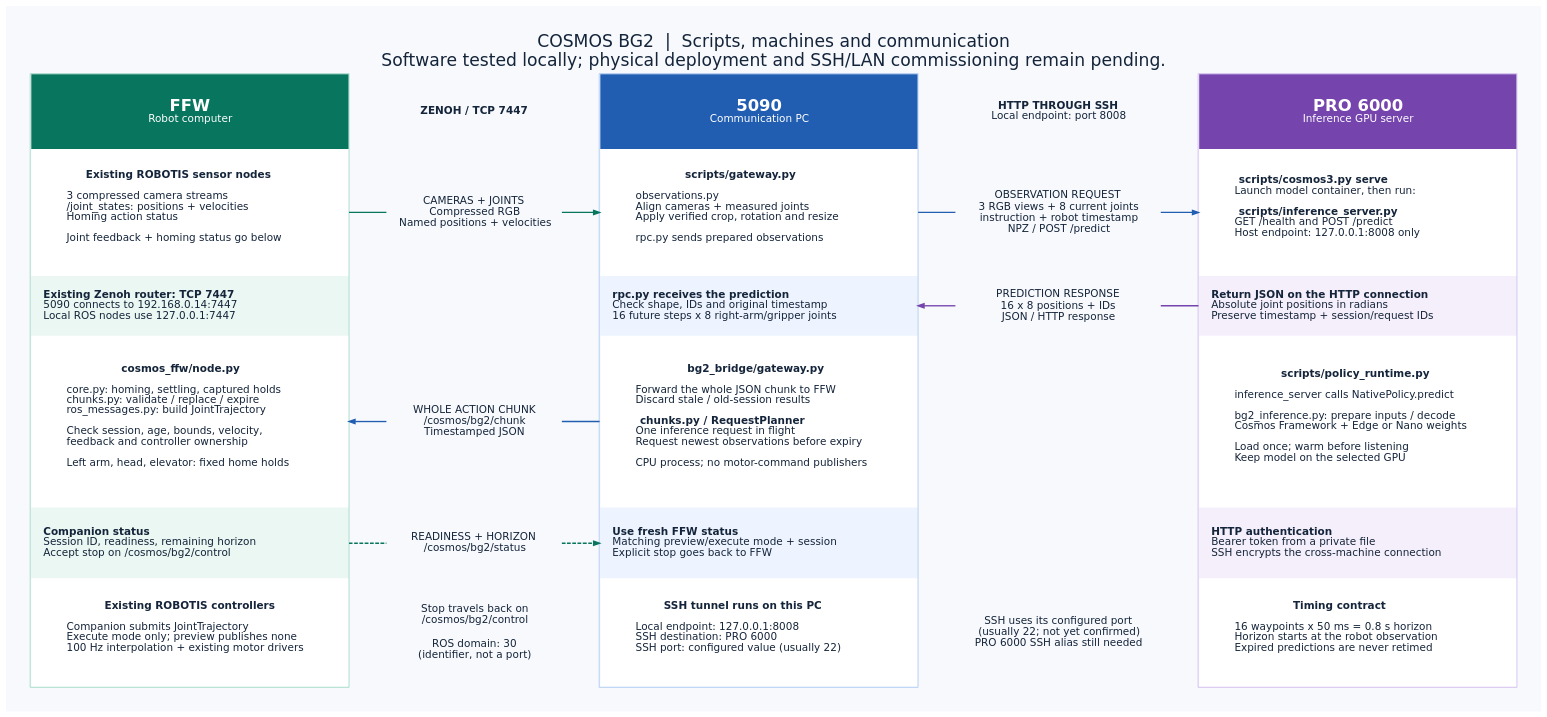
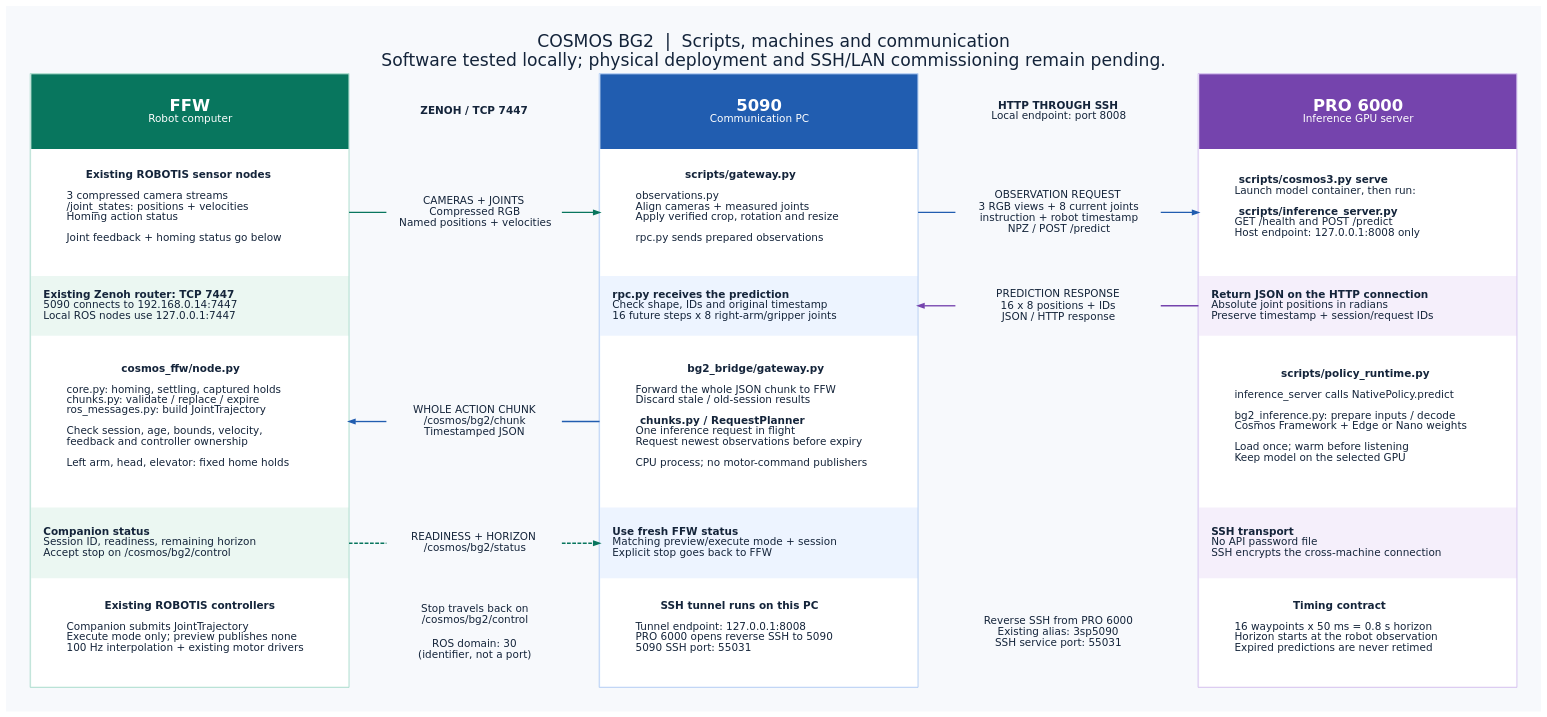
The diagram in docs/diagrams/three_machine_pipeline.dot (ssangjunpark/cosmos_inference_bg2), drawn with Graphviz before and after one commit. The commit also changed 18 other files, not shown here.

Commit message:
Remove API password and use SSH-only inference RPC

```diff
--- a/docs/diagrams/three_machine_pipeline.dot
+++ b/docs/diagrams/three_machine_pipeline.dot
@@ -1,127 +1,127 @@
 digraph cosmos_bg2 {
   graph [rankdir=LR, bgcolor="#F7F9FC", pad="0.45", nodesep="0.4", ranksep="0.7", splines=line,
     fontname="DejaVu Sans", fontsize=23, fontcolor="#14243A", labelloc=t,
     label="COSMOS BG2  |  Scripts, machines and communication\nSoftware tested locally; physical deployment and SSH/LAN commissioning remain pending.\n"];
   node [shape=plain, fontname="DejaVu Sans", fontsize=14, fontcolor="#14243A"];
   edge [fontname="DejaVu Sans", fontsize=12, fontcolor="#334155", penwidth=1.8, arrowsize=0.8];
 
   ffw [label=<
     <TABLE BORDER="1" COLOR="#9BD6C4" CELLBORDER="0" CELLSPACING="0" CELLPADDING="16" BGCOLOR="#EBF7F2">
       <TR><TD WIDTH="425" HEIGHT="100" BGCOLOR="#08765E"><FONT COLOR="white" POINT-SIZE="22"><B>FFW</B></FONT><BR/><FONT COLOR="white">Robot computer</FONT></TD></TR>
       <TR><TD PORT="obs" HEIGHT="170" ALIGN="LEFT" BGCOLOR="white">
         <B>Existing ROBOTIS sensor nodes</B><BR/><BR ALIGN="LEFT"/>
         3 compressed camera streams<BR ALIGN="LEFT"/>
         /joint_states: positions + velocities<BR ALIGN="LEFT"/>
         Homing action status<BR ALIGN="LEFT"/><BR ALIGN="LEFT"/>
         Joint feedback + homing status go below<BR ALIGN="LEFT"/>
       </TD></TR>
       <TR><TD HEIGHT="80" ALIGN="LEFT"><B>Existing Zenoh router: TCP 7447</B><BR ALIGN="LEFT"/>5090 connects to 192.168.0.14:7447<BR ALIGN="LEFT"/>Local ROS nodes use 127.0.0.1:7447<BR ALIGN="LEFT"/></TD></TR>
       <TR><TD PORT="chunk" HEIGHT="230" ALIGN="LEFT" BGCOLOR="white">
         <B>cosmos_ffw/node.py</B><BR/><BR ALIGN="LEFT"/>
         core.py: homing, settling, captured holds<BR ALIGN="LEFT"/>
         chunks.py: validate / replace / expire<BR ALIGN="LEFT"/>
         ros_messages.py: build JointTrajectory<BR ALIGN="LEFT"/><BR ALIGN="LEFT"/>
         Check session, age, bounds, velocity,<BR ALIGN="LEFT"/>
         feedback and controller ownership<BR ALIGN="LEFT"/><BR ALIGN="LEFT"/>
         Left arm, head, elevator: fixed home holds<BR ALIGN="LEFT"/>
       </TD></TR>
       <TR><TD PORT="status" HEIGHT="95" ALIGN="LEFT"><B>Companion status</B><BR ALIGN="LEFT"/>Session ID, readiness, remaining horizon<BR ALIGN="LEFT"/>Accept stop on /cosmos/bg2/control<BR ALIGN="LEFT"/></TD></TR>
       <TR><TD HEIGHT="145" ALIGN="LEFT" BGCOLOR="white">
         <B>Existing ROBOTIS controllers</B><BR/><BR ALIGN="LEFT"/>
         Companion submits JointTrajectory<BR ALIGN="LEFT"/>
         Execute mode only; preview publishes none<BR ALIGN="LEFT"/>
         100 Hz interpolation + existing motor drivers<BR ALIGN="LEFT"/>
       </TD></TR>
     </TABLE>
   >];
 
   gateway [label=<
     <TABLE BORDER="1" COLOR="#A7C6F2" CELLBORDER="0" CELLSPACING="0" CELLPADDING="16" BGCOLOR="#EDF4FF">
       <TR><TD WIDTH="425" HEIGHT="100" BGCOLOR="#215DB0"><FONT COLOR="white" POINT-SIZE="22"><B>5090</B></FONT><BR/><FONT COLOR="white">Communication PC</FONT></TD></TR>
       <TR><TD PORT="obs" HEIGHT="170" ALIGN="LEFT" BGCOLOR="white">
         <B>scripts/gateway.py</B><BR/><BR ALIGN="LEFT"/>
         observations.py<BR ALIGN="LEFT"/>
         Align cameras + measured joints<BR ALIGN="LEFT"/>
         Apply verified crop, rotation and resize<BR ALIGN="LEFT"/><BR ALIGN="LEFT"/>
         rpc.py sends prepared observations<BR ALIGN="LEFT"/>
       </TD></TR>
       <TR><TD PORT="reply" HEIGHT="80" ALIGN="LEFT"><B>rpc.py receives the prediction</B><BR ALIGN="LEFT"/>Check shape, IDs and original timestamp<BR ALIGN="LEFT"/>16 future steps x 8 right-arm/gripper joints<BR ALIGN="LEFT"/></TD></TR>
       <TR><TD PORT="chunk" HEIGHT="230" ALIGN="LEFT" BGCOLOR="white">
         <B>bg2_bridge/gateway.py</B><BR/><BR ALIGN="LEFT"/>
         Forward the whole JSON chunk to FFW<BR ALIGN="LEFT"/>
         Discard stale / old-session results<BR ALIGN="LEFT"/><BR ALIGN="LEFT"/>
         <B>chunks.py / RequestPlanner</B><BR ALIGN="LEFT"/>
         One inference request in flight<BR ALIGN="LEFT"/>
         Request newest observations before expiry<BR ALIGN="LEFT"/><BR ALIGN="LEFT"/>
         CPU process; no motor-command publishers<BR ALIGN="LEFT"/>
       </TD></TR>
       <TR><TD PORT="status" HEIGHT="95" ALIGN="LEFT"><B>Use fresh FFW status</B><BR ALIGN="LEFT"/>Matching preview/execute mode + session<BR ALIGN="LEFT"/>Explicit stop goes back to FFW<BR ALIGN="LEFT"/></TD></TR>
       <TR><TD HEIGHT="145" ALIGN="LEFT" BGCOLOR="white">
         <B>SSH tunnel runs on this PC</B><BR/><BR ALIGN="LEFT"/>
-        Local endpoint: 127.0.0.1:8008<BR ALIGN="LEFT"/>
-        SSH destination: PRO 6000<BR ALIGN="LEFT"/>
-        SSH port: configured value (usually 22)<BR ALIGN="LEFT"/>
+        Tunnel endpoint: 127.0.0.1:8008<BR ALIGN="LEFT"/>
+        PRO 6000 opens reverse SSH to 5090<BR ALIGN="LEFT"/>
+        5090 SSH port: 55031<BR ALIGN="LEFT"/>
       </TD></TR>
     </TABLE>
   >];
 
   pro [label=<
     <TABLE BORDER="1" COLOR="#CEB7EC" CELLBORDER="0" CELLSPACING="0" CELLPADDING="16" BGCOLOR="#F5EFFB">
       <TR><TD WIDTH="425" HEIGHT="100" BGCOLOR="#7544AD"><FONT COLOR="white" POINT-SIZE="22"><B>PRO 6000</B></FONT><BR/><FONT COLOR="white">Inference GPU server</FONT></TD></TR>
       <TR><TD PORT="obs" HEIGHT="170" ALIGN="LEFT" BGCOLOR="white">
         <B>scripts/cosmos3.py serve</B><BR ALIGN="LEFT"/>
         Launch model container, then run:<BR ALIGN="LEFT"/><BR ALIGN="LEFT"/>
         <B>scripts/inference_server.py</B><BR ALIGN="LEFT"/>
         GET /health and POST /predict<BR ALIGN="LEFT"/>
         Host endpoint: 127.0.0.1:8008 only<BR ALIGN="LEFT"/>
       </TD></TR>
       <TR><TD PORT="reply" HEIGHT="80" ALIGN="LEFT"><B>Return JSON on the HTTP connection</B><BR ALIGN="LEFT"/>Absolute joint positions in radians<BR ALIGN="LEFT"/>Preserve timestamp + session/request IDs<BR ALIGN="LEFT"/></TD></TR>
       <TR><TD HEIGHT="230" ALIGN="LEFT" BGCOLOR="white">
         <B>scripts/policy_runtime.py</B><BR/><BR ALIGN="LEFT"/>
         inference_server calls NativePolicy.predict<BR ALIGN="LEFT"/><BR ALIGN="LEFT"/>
         bg2_inference.py: prepare inputs / decode<BR ALIGN="LEFT"/>
         Cosmos Framework + Edge or Nano weights<BR ALIGN="LEFT"/><BR ALIGN="LEFT"/>
         Load once; warm before listening<BR ALIGN="LEFT"/>
         Keep model on the selected GPU<BR ALIGN="LEFT"/>
       </TD></TR>
-      <TR><TD HEIGHT="95" ALIGN="LEFT"><B>HTTP authentication</B><BR ALIGN="LEFT"/>Bearer token from a private file<BR ALIGN="LEFT"/>SSH encrypts the cross-machine connection<BR ALIGN="LEFT"/></TD></TR>
+      <TR><TD HEIGHT="95" ALIGN="LEFT"><B>SSH transport</B><BR ALIGN="LEFT"/>No API password file<BR ALIGN="LEFT"/>SSH encrypts the cross-machine connection<BR ALIGN="LEFT"/></TD></TR>
       <TR><TD HEIGHT="145" ALIGN="LEFT" BGCOLOR="white">
         <B>Timing contract</B><BR/><BR ALIGN="LEFT"/>
         16 waypoints x 50 ms = 0.8 s horizon<BR ALIGN="LEFT"/>
         Horizon starts at the robot observation<BR ALIGN="LEFT"/>
         Expired predictions are never retimed<BR ALIGN="LEFT"/>
       </TD></TR>
     </TABLE>
   >];
 
   zenoh [label=<
     <TABLE BORDER="0" CELLBORDER="0" CELLSPACING="0" CELLPADDING="10">
       <TR><TD WIDTH="235" HEIGHT="100"><B>ZENOH / TCP 7447</B></TD></TR>
       <TR><TD PORT="obs" HEIGHT="170">CAMERAS + JOINTS<BR/>Compressed RGB<BR/>Named positions + velocities</TD></TR>
       <TR><TD HEIGHT="80"></TD></TR>
       <TR><TD PORT="chunk" HEIGHT="230">WHOLE ACTION CHUNK<BR/>/cosmos/bg2/chunk<BR/>Timestamped JSON</TD></TR>
       <TR><TD PORT="status" HEIGHT="95">READINESS + HORIZON<BR/>/cosmos/bg2/status</TD></TR>
       <TR><TD HEIGHT="145">Stop travels back on<BR/>/cosmos/bg2/control<BR/><BR/>ROS domain: 30<BR/>(identifier, not a port)</TD></TR>
     </TABLE>
   >];
   ssh [label=<
     <TABLE BORDER="0" CELLBORDER="0" CELLSPACING="0" CELLPADDING="10">
       <TR><TD WIDTH="275" HEIGHT="100"><B>HTTP THROUGH SSH</B><BR/>Local endpoint: port 8008</TD></TR>
       <TR><TD PORT="obs" HEIGHT="170">OBSERVATION REQUEST<BR/>3 RGB views + 8 current joints<BR/>instruction + robot timestamp<BR/>NPZ / POST /predict</TD></TR>
       <TR><TD PORT="reply" HEIGHT="80">PREDICTION RESPONSE<BR/>16 x 8 positions + IDs<BR/>JSON / HTTP response</TD></TR>
       <TR><TD HEIGHT="230"></TD></TR>
       <TR><TD HEIGHT="95"></TD></TR>
-      <TR><TD HEIGHT="145">SSH uses its configured port<BR/>(usually 22; not yet confirmed)<BR/>PRO 6000 SSH alias still needed</TD></TR>
+      <TR><TD HEIGHT="145">Reverse SSH from PRO 6000<BR/>Existing alias: 3sp5090<BR/>SSH service port: 55031</TD></TR>
     </TABLE>
   >];
   ffw:obs:e -> zenoh:obs:w [color="#08765E", arrowhead=none];
   zenoh:obs:e -> gateway:obs:w [color="#08765E"];
   gateway:obs:e -> ssh:obs:w [color="#215DB0", arrowhead=none];
   ssh:obs:e -> pro:obs:w [color="#215DB0"];
   pro:reply:w -> ssh:reply:e [color="#7544AD", arrowhead=none, constraint=false];
   ssh:reply:w -> gateway:reply:e [color="#7544AD", constraint=false];
   gateway:chunk:w -> zenoh:chunk:e [color="#215DB0", arrowhead=none, constraint=false];
   zenoh:chunk:w -> ffw:chunk:e [color="#215DB0", constraint=false];
   ffw:status:e -> zenoh:status:w [color="#08765E", style=dashed, arrowhead=none, constraint=false];
   zenoh:status:e -> gateway:status:w [color="#08765E", style=dashed, constraint=false];
 }
```
